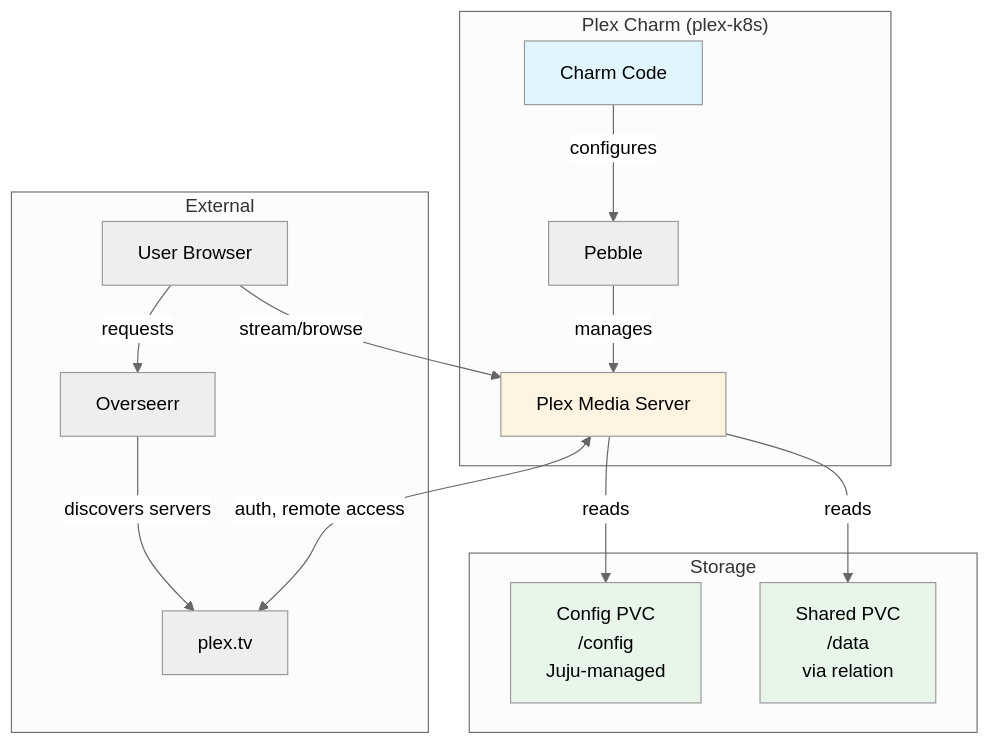
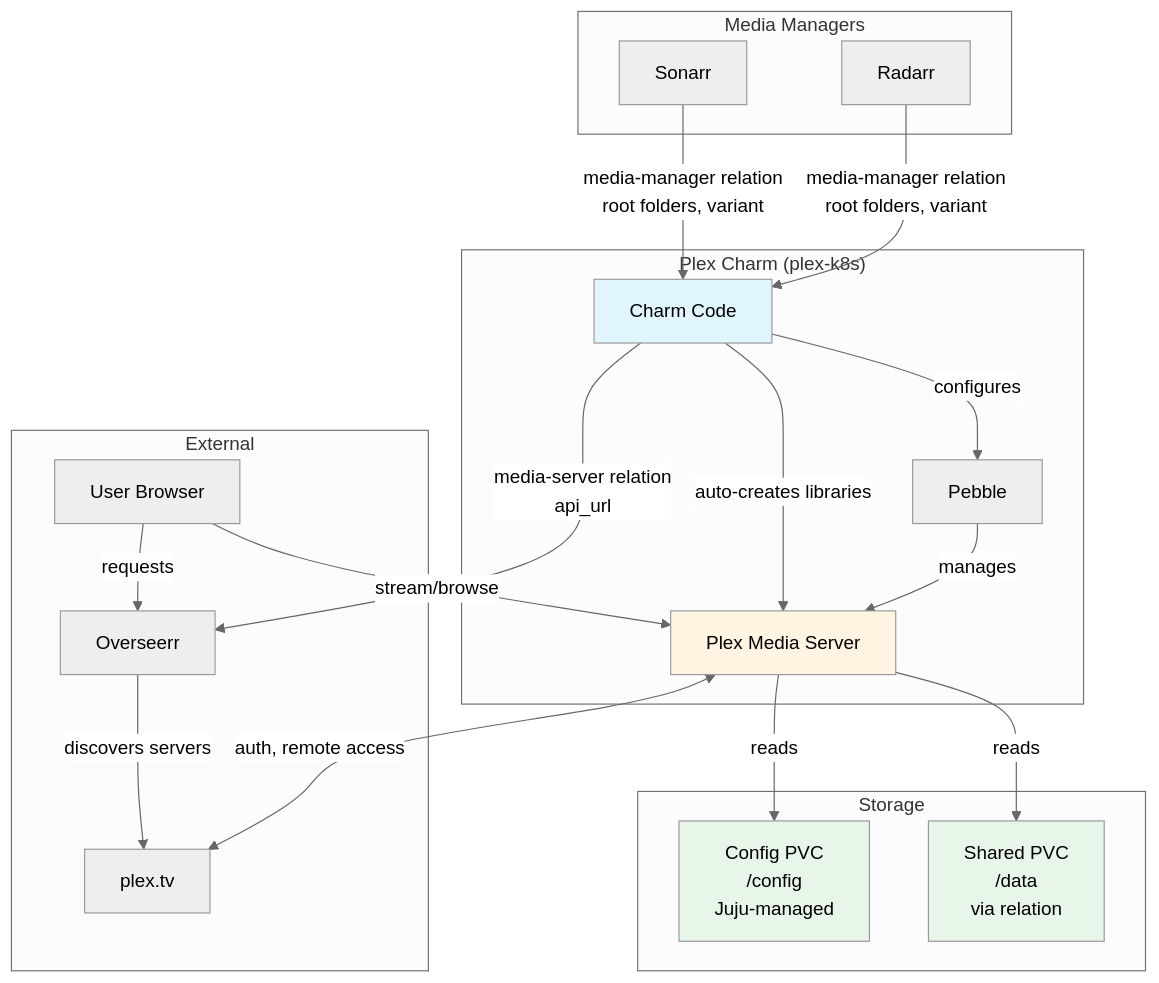
The second of 2 diagrams in adr/apps/adr-009-plex.md (charmarr/charmarr-meta), drawn with Mermaid (neutral theme) before and after one commit. The commit also changed other lines of this file and 4 other files, not shown here.

````diff
--- a/adr/apps/adr-009-plex.md
+++ b/adr/apps/adr-009-plex.md
@@ -107,34 +97,44 @@
 ```mermaid
 graph TB
     subgraph "Plex Charm (plex-k8s)"
         charm[Charm Code]
         pebble[Pebble]
         plex[Plex Media Server]
     end
-    
+
     subgraph "Storage"
         config[Config PVC<br/>/config<br/>Juju-managed]
         media[Shared PVC<br/>/data<br/>via relation]
     end
-    
+
+    subgraph "Media Managers"
+        radarr[Radarr]
+        sonarr[Sonarr]
+    end
+
     subgraph "External"
         user[User Browser]
         plextv[plex.tv]
         overseerr[Overseerr]
     end
-    
+
     charm -->|configures| pebble
     pebble -->|manages| plex
     plex -->|reads| config
     plex -->|reads| media
-    
+
+    radarr -->|media-manager relation<br/>root folders, variant| charm
+    sonarr -->|media-manager relation<br/>root folders, variant| charm
+    charm -->|auto-creates libraries| plex
+
+    charm -->|media-server relation<br/>api_url| overseerr
     user -->|stream/browse| plex
     plex <-->|auth, remote access| plextv
     overseerr -->|discovers servers| plextv
     user -->|requests| overseerr
-    
+
     style charm fill:#e1f5ff
     style plex fill:#fff4e1
     style config fill:#e8f5e9
     style media fill:#e8f5e9
 ```
````
